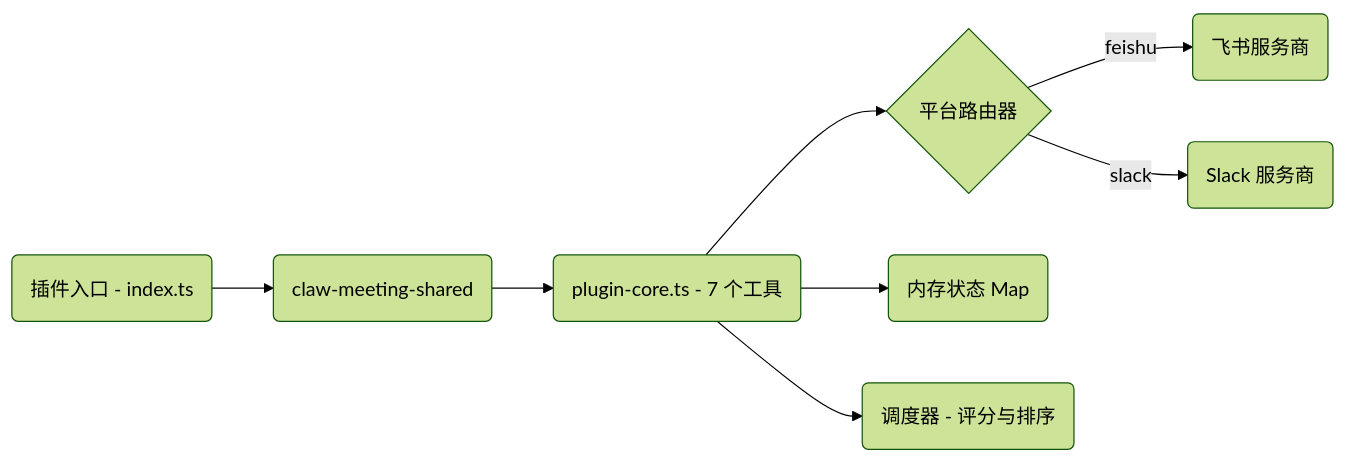
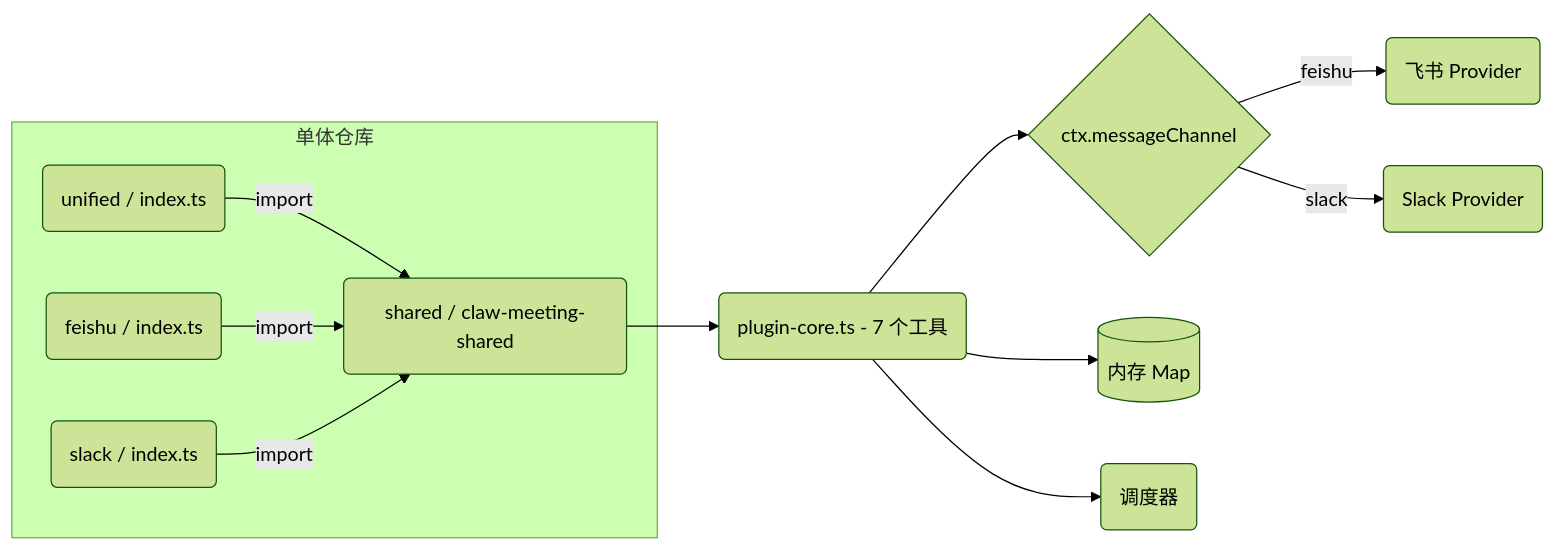
Before and after one commit to javana3/claw_meeting_all: the second of 7 diagrams in README.zh-CN.md, drawn with Mermaid (forest theme). The commit also changed other lines of this file and 4 other files, not shown here.

````diff
--- a/README.zh-CN.md
+++ b/README.zh-CN.md
@@ -44,10 +53,20 @@
 ```mermaid
 graph LR
-    A(插件入口 - index.ts) --> B(claw-meeting-shared)
-    B --> C(plugin-core.ts - 7 个工具)
-    C --> D{平台路由器}
-    D -->|feishu| E(飞书服务商)
-    D -->|slack| F(Slack 服务商)
-    C --> G(内存状态 Map)
-    C --> H(调度器 - 评分与排序)
+    subgraph "单体仓库"
+        SHARED(shared / claw-meeting-shared)
+        UNI(unified / index.ts)
+        FEI(feishu / index.ts)
+        SLK(slack / index.ts)
+    end
+
+    UNI -->|import| SHARED
+    FEI -->|import| SHARED
+    SLK -->|import| SHARED
+
+    SHARED --> CORE(plugin-core.ts - 7 个工具)
+    CORE --> ROUTER{ctx.messageChannel}
+    ROUTER -->|feishu| LP(飞书 Provider)
+    ROUTER -->|slack| SP(Slack Provider)
+    CORE --> MEM[(内存 Map)]
+    CORE --> SCH(调度器)
 ```
````
